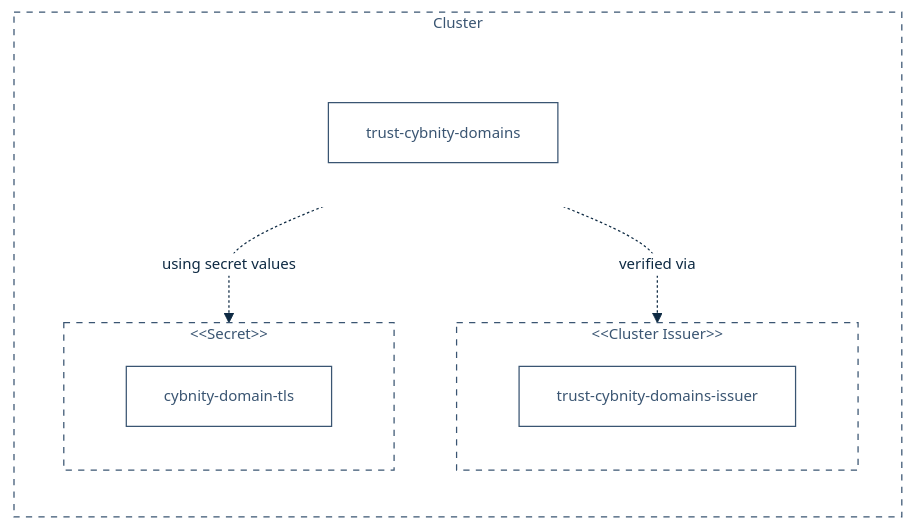
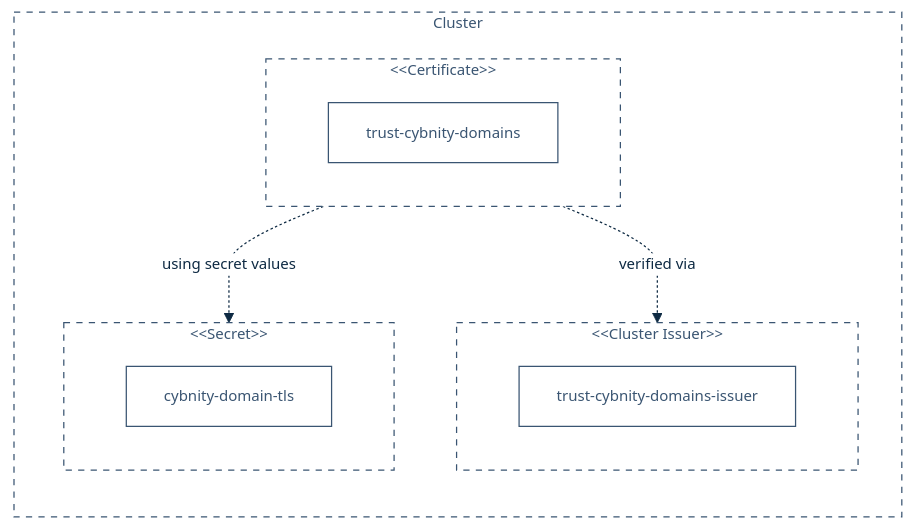
The diagram in implementations-line/systems/technical-infrastructure/CYDEL01-cybsup01.md (cybnity/foundation), drawn with Mermaid before and after one commit.

````diff
--- a/implementations-line/systems/technical-infrastructure/CYDEL01-cybsup01.md
+++ b/implementations-line/systems/technical-infrastructure/CYDEL01-cybsup01.md
@@ -419,57 +419,57 @@
       ```mermaid
       %%{
         init: {
           'theme': 'base',
           'themeVariables': {
               'background': '#ffffff',
               'fontFamily': 'arial',
               'fontSize': '12px',
               'primaryColor': '#fff',
               'primaryTextColor': '#0e2a43',
               'primaryBorderColor': '#0e2a43',
               'secondaryColor': '#fff',
               'secondaryTextColor': '#fff',
               'secondaryBorderColor': '#fff',
               'tertiaryColor': '#fff',
               'tertiaryTextColor': '#fff',
               'tertiaryBorderColor': '#fff',
               'lineColor': '#0e2a43',
               'titleColor': '#fff',
               'textColor': '#fff',
               'lineColor': '#0e2a43',
               'nodeTextColor': '#fff',
               'nodeBorder': '#0e2a43',
               'noteTextColor': '#fff',
               'noteBorderColor': '#fff'
           },
           'flowchart': { 'curve': 'monotoneY' }
         }
       }%%
       graph LR
         subgraph cluster["Cluster"]
           subgraph clusterIssuer["#60;#60;Cluster Issuer#62;#62;"]
             issuer1["trust-cybnity-domains-issuer"]
           end
           subgraph certificate["#60;#60;Certificate#62;#62;"]
             cert1["trust-cybnity-domains"]
           end
           subgraph secret["#60;#60;Secret#62;#62;#10;"]
             sc1["cybnity-domain-tls"]
           end
         end
 
         certificate -. "verified via" .-> clusterIssuer
         certificate -. "using secret values" .-> secret
 
         classDef mediumfill fill:#3a5572, stroke:#3a5572, color:#fff
 
         classDef red fill:#e5302a, stroke:#e5302a, color:#fff, stroke-width:3px
         classDef medium fill:#fff, stroke:#3a5572, color:#3a5572
         classDef mediumdot fill:#fff, stroke:#3a5572, color:#3a5572, stroke-dasharray: 5 5
         classDef reddot fill:#fff, stroke:#e5302a, color:#e5302a, stroke-dasharray: 5 5, stroke-width:3px
         classDef dark fill:#0e2a43, stroke:#fff, color:#fff
         classDef internalconfig fill:#0e2a43, stroke:#fff, color:#fff
 
         class issuer1,cert1,sc1 medium;
-        class cluster,clusterIssuer,certificate1,secret mediumdot;
+        class cluster,clusterIssuer,certificate,secret mediumdot;
       ```
````
